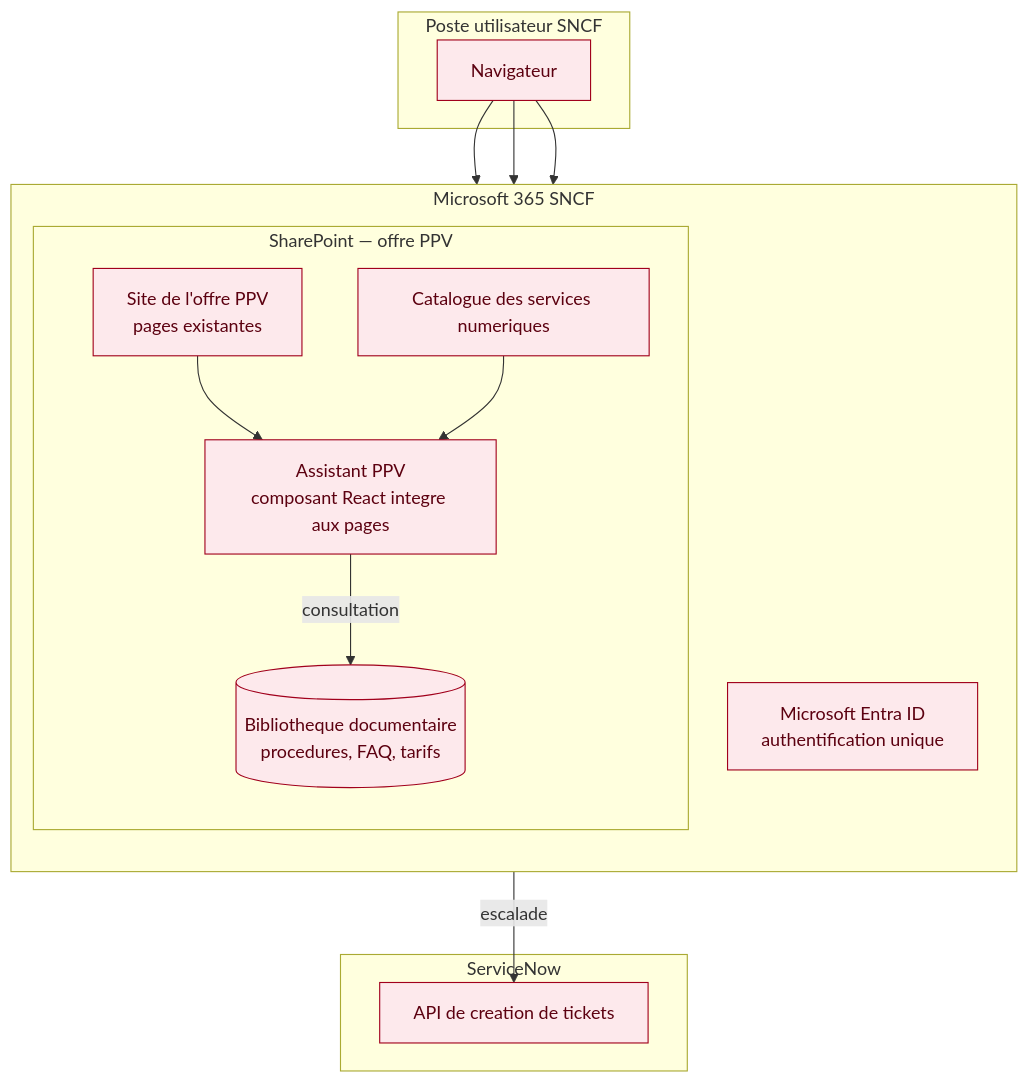
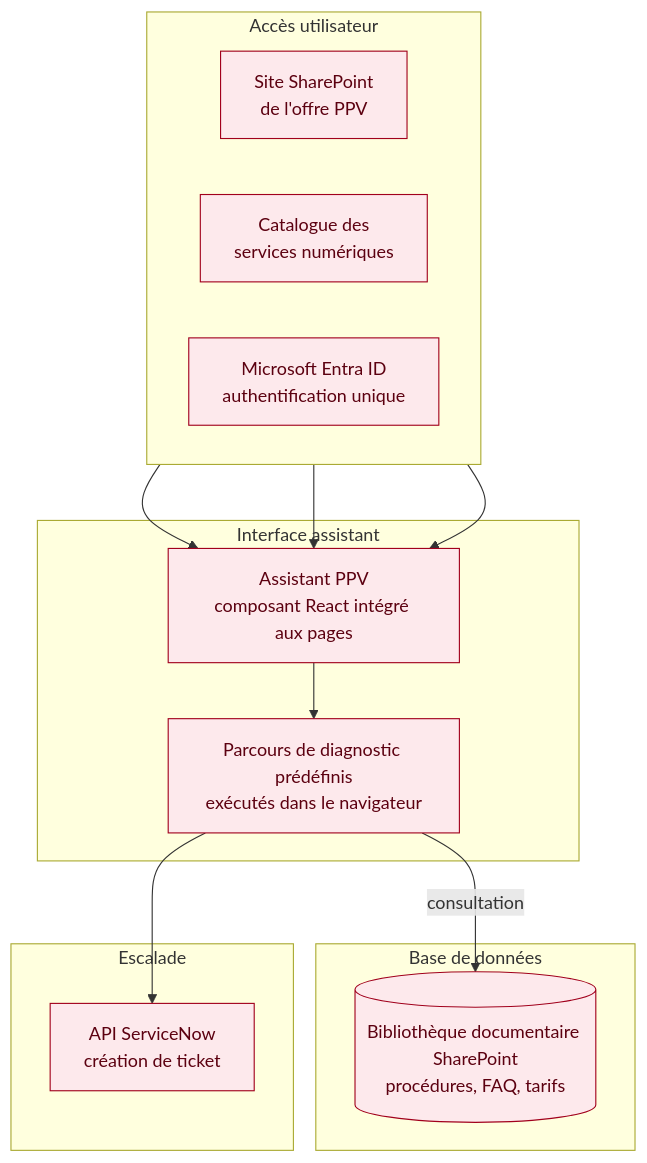
One commit to margotmc-web/Chatbot_PPV_BC07 changed the second of 3 diagrams in 12bis-diagramme-deploiement.md. Above: the diagram before and after it, drawn with Mermaid. The commit also changed other lines of this file, not shown here.

````diff
--- a/12bis-diagramme-deploiement.md
+++ b/12bis-diagramme-deploiement.md
@@ -58,32 +53,29 @@
 ```mermaid
 flowchart TB
-    subgraph POSTE["Poste utilisateur SNCF"]
-        U1["Navigateur"]
+    subgraph ACC["Accès utilisateur"]
+        direction LR
+        A1["Site SharePoint<br/>de l'offre PPV"]
+        A2["Catalogue des<br/>services numériques"]
+        A3["Microsoft Entra ID<br/>authentification unique"]
+    end
+    subgraph INT["Interface assistant"]
+        B1["Assistant PPV<br/>composant React intégré aux pages"]
+        B2["Parcours de diagnostic prédéfinis<br/>exécutés dans le navigateur"]
+    end
+    subgraph BDD["Base de données"]
+        D1[("Bibliothèque documentaire SharePoint<br/>procédures, FAQ, tarifs")]
+    end
+    subgraph ESC["Escalade"]
+        F1["API ServiceNow<br/>création de ticket"]
     end
 
-    subgraph M365["Microsoft 365 SNCF"]
-        direction TB
-        subgraph SP["SharePoint — offre PPV"]
-            S1["Site de l'offre PPV<br/>pages existantes"]
-            S4["Catalogue des services numeriques"]
-            S2["Assistant PPV<br/>composant React integre aux pages"]
-            S3[("Bibliotheque documentaire<br/>procedures, FAQ, tarifs")]
-        end
-        AD["Microsoft Entra ID<br/>authentification unique"]
-    end
-
-    subgraph SN["ServiceNow"]
-        T1["API de creation de tickets"]
-    end
-
-    U1 --> S1
-    U1 --> S4
-    S1 --> S2
-    S4 --> S2
-    U1 --> AD
-    S2 -->|consultation| S3
-    S2 -->|escalade| T1
+    A1 --> B1
+    A2 --> B1
+    A3 --> B1
+    B1 --> B2
+    B2 -->|consultation| D1
+    B2 --> F1
 
     classDef todo fill:#fde9ec,stroke:#a1001c,color:#5c0010;
-    class U1,S1,S4,S2,S3,AD,T1 todo
+    class A1,A2,A3,B1,B2,D1,F1 todo
 ```
````
